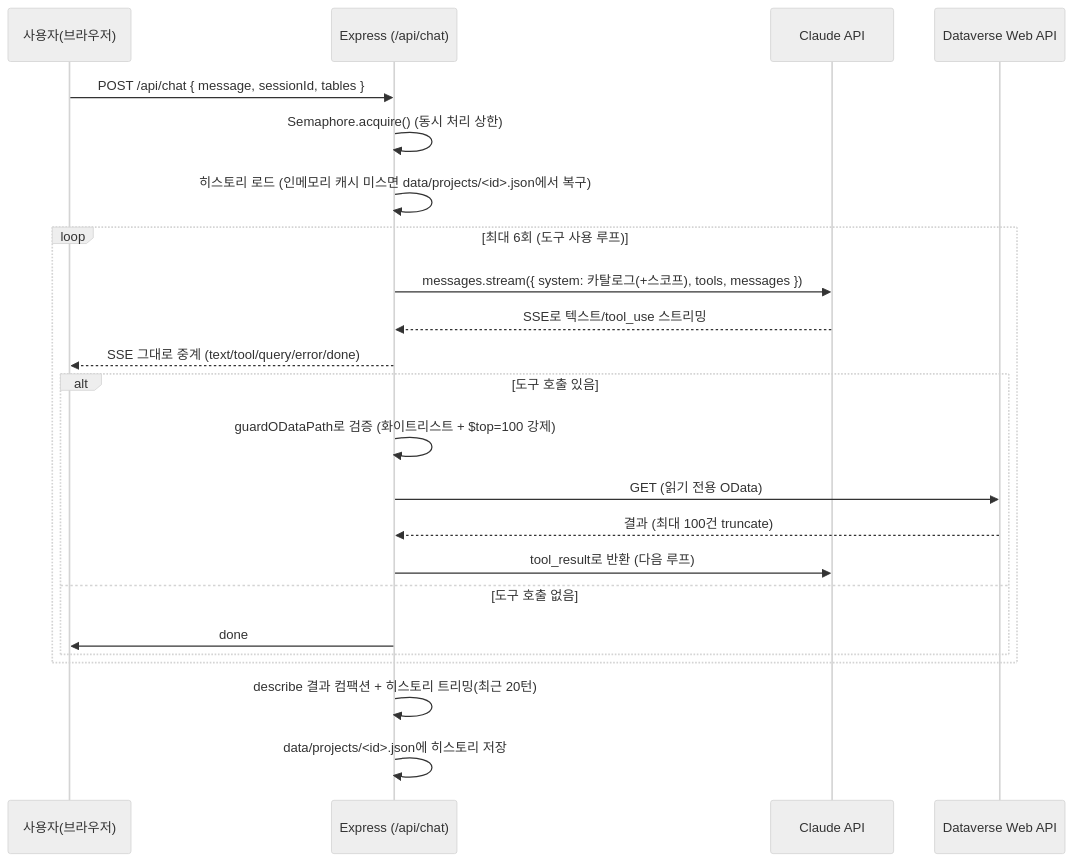
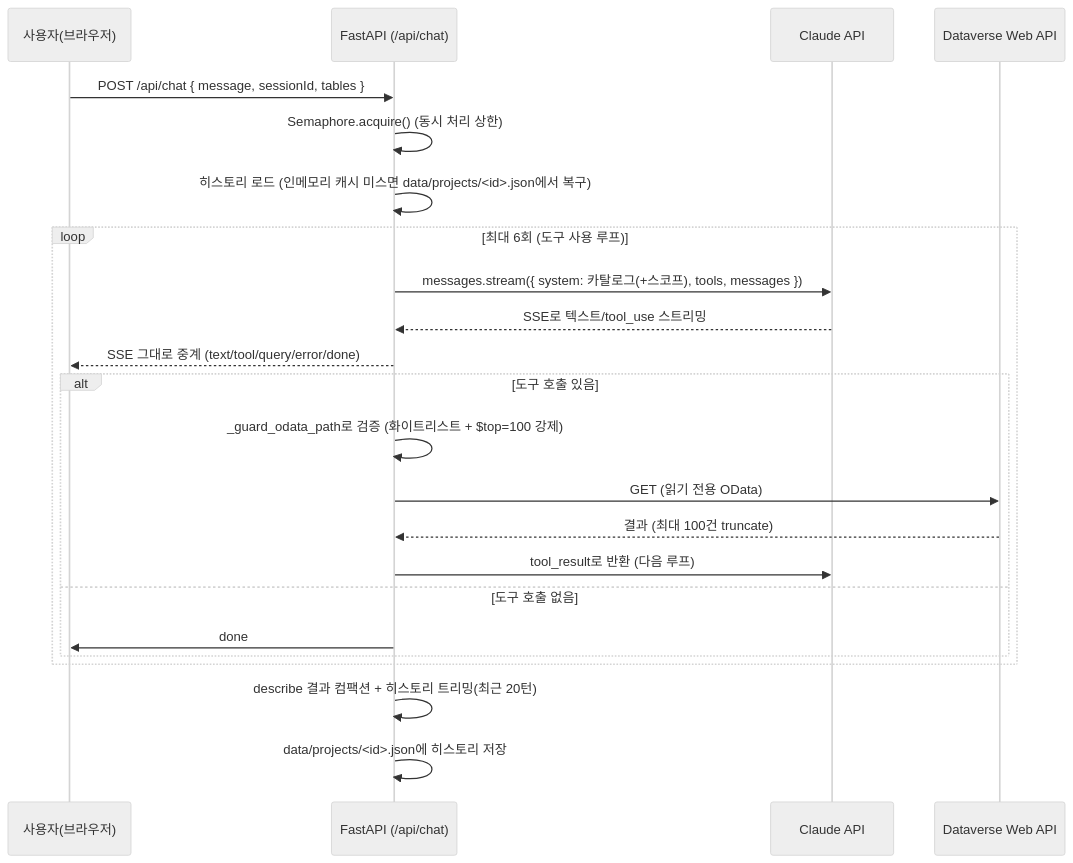
One commit to hansu0317/cloud-mcp-azure changed the second of 2 diagrams in README.md. Above: the diagram before and after it, drawn with Mermaid (neutral theme). The commit also changed other lines of this file and 27 other files, not shown here.

First line of the commit message:
refactor(backend): TypeScript/Express 백엔드를 Python/FastAPI로 전환

````diff
--- a/README.md
+++ b/README.md
@@ -98,26 +99,26 @@
 ```mermaid
 sequenceDiagram
     participant U as 사용자(브라우저)
-    participant S as Express (/api/chat)
+    participant S as FastAPI (/api/chat)
     participant C as Claude API
     participant D as Dataverse Web API
 
     U->>S: POST /api/chat { message, sessionId, tables }
     S->>S: Semaphore.acquire() (동시 처리 상한)
     S->>S: 히스토리 로드 (인메모리 캐시 미스면 data/projects/<id>.json에서 복구)
     loop 최대 6회 (도구 사용 루프)
         S->>C: messages.stream({ system: 카탈로그(+스코프), tools, messages })
         C-->>S: SSE로 텍스트/tool_use 스트리밍
         S-->>U: SSE 그대로 중계 (text/tool/query/error/done)
         alt 도구 호출 있음
-            S->>S: guardODataPath로 검증 (화이트리스트 + $top=100 강제)
+            S->>S: _guard_odata_path로 검증 (화이트리스트 + $top=100 강제)
             S->>D: GET (읽기 전용 OData)
             D-->>S: 결과 (최대 100건 truncate)
             S->>C: tool_result로 반환 (다음 루프)
         else 도구 호출 없음
             S->>U: done
         end
     end
     S->>S: describe 결과 컴팩션 + 히스토리 트리밍(최근 20턴)
     S->>S: data/projects/<id>.json에 히스토리 저장
 ```
````
